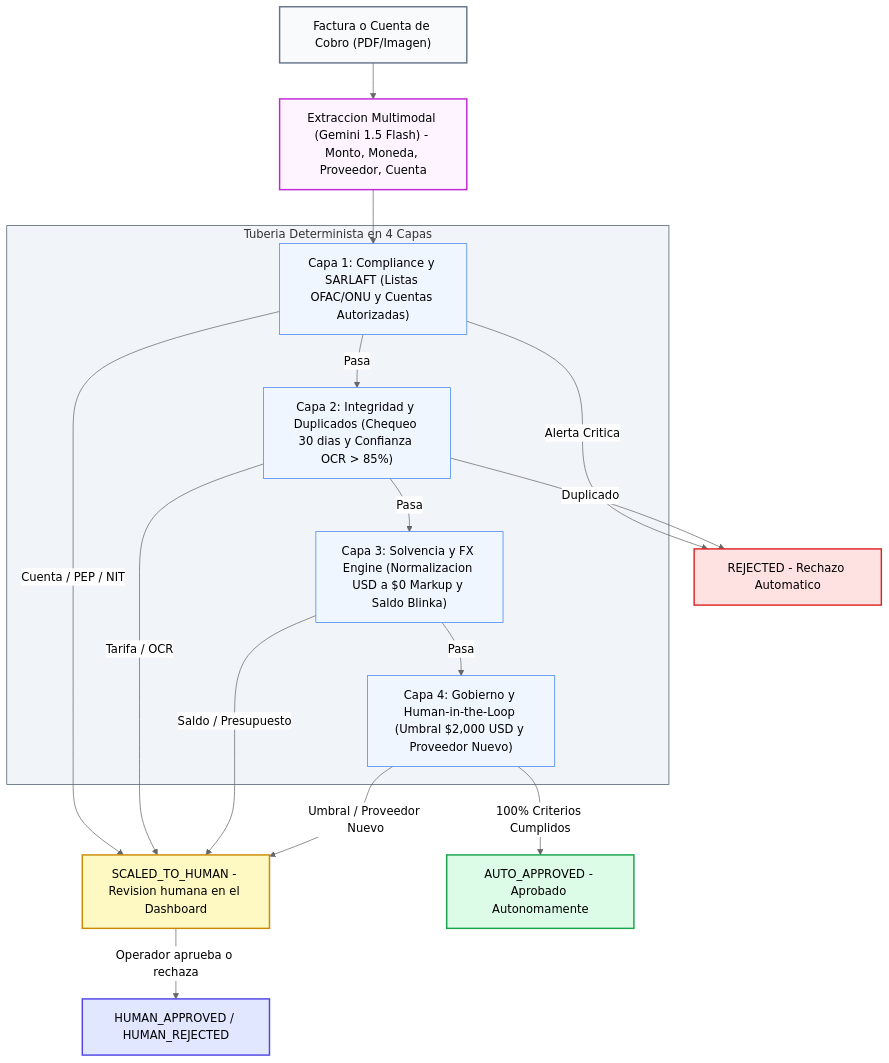
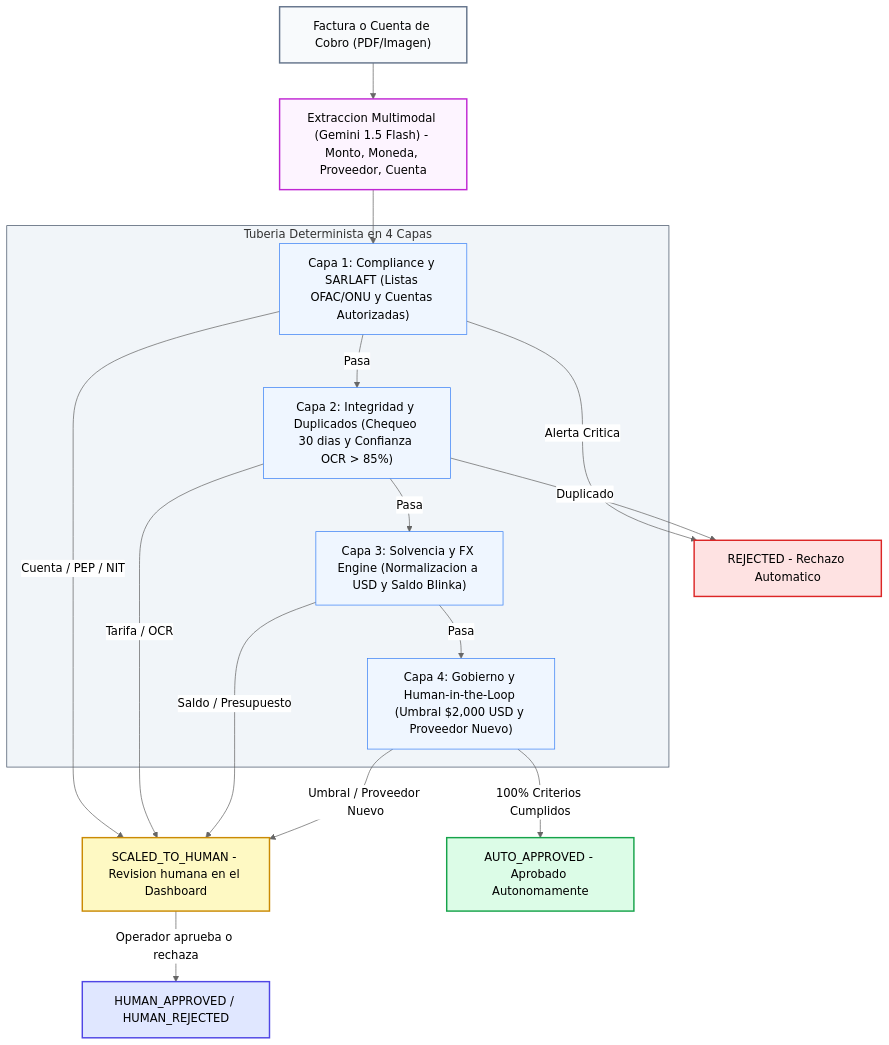
Before and after one commit to Oriojas/30X_404_team: the second of 2 diagrams in docs/arquitectura/arquitectura_solucion_v4.md, drawn with Mermaid (neutral theme). The commit also changed other lines of this file and 13 other files, not shown here.

````diff
--- a/docs/arquitectura/arquitectura_solucion_v4.md
+++ b/docs/arquitectura/arquitectura_solucion_v4.md
@@ -112,38 +112,38 @@
 ```mermaid
 flowchart TD
     Doc["Factura o Cuenta de Cobro (PDF/Imagen)"] --> OCR["Extraccion Multimodal (Gemini 1.5 Flash) - Monto, Moneda, Proveedor, Cuenta"]
 
     subgraph Pipeline ["Tuberia Determinista en 4 Capas"]
         Capa1["Capa 1: Compliance y SARLAFT (Listas OFAC/ONU y Cuentas Autorizadas)"]
         Capa2["Capa 2: Integridad y Duplicados (Chequeo 30 dias y Confianza OCR > 85%)"]
-        Capa3["Capa 3: Solvencia y FX Engine (Normalizacion USD a $0 Markup y Saldo Blinka)"]
+        Capa3["Capa 3: Solvencia y FX Engine (Normalizacion a USD y Saldo Blinka)"]
         Capa4["Capa 4: Gobierno y Human-in-the-Loop (Umbral $2,000 USD y Proveedor Nuevo)"]
 
         Capa1 -->|"Pasa"| Capa2
         Capa2 -->|"Pasa"| Capa3
         Capa3 -->|"Pasa"| Capa4
     end
 
     OCR --> Capa1
 
     Capa1 -->|"Alerta Critica"| Rejected["REJECTED - Rechazo Automatico"]
     Capa2 -->|"Duplicado"| Rejected
     Capa1 -->|"Cuenta / PEP / NIT"| Scaled
     Capa2 -->|"Tarifa / OCR"| Scaled
     Capa3 -->|"Saldo / Presupuesto"| Scaled["SCALED_TO_HUMAN - Revision humana en el Dashboard"]
     Capa4 -->|"Umbral / Proveedor Nuevo"| Scaled
     Scaled -->|"Operador aprueba o rechaza"| Human["HUMAN_APPROVED / HUMAN_REJECTED"]
     Capa4 -->|"100% Criterios Cumplidos"| Approved["AUTO_APPROVED - Aprobado Autonomamente"]
 
     style Doc fill:#f8fafc,stroke:#64748b,stroke-width:2px
     style OCR fill:#fdf4ff,stroke:#c026d3,stroke-width:2px
     style Pipeline fill:#f1f5f9,stroke:#475569,stroke-width:1px
     style Capa1 fill:#eff6ff,stroke:#3b82f6,stroke-width:1px
     style Capa2 fill:#eff6ff,stroke:#3b82f6,stroke-width:1px
     style Capa3 fill:#eff6ff,stroke:#3b82f6,stroke-width:1px
     style Capa4 fill:#eff6ff,stroke:#3b82f6,stroke-width:1px
     style Approved fill:#dcfce7,stroke:#16a34a,stroke-width:2px
     style Scaled fill:#fef9c3,stroke:#ca8a04,stroke-width:2px
     style Rejected fill:#fee2e2,stroke:#dc2626,stroke-width:2px
     style Human fill:#e0e7ff,stroke:#4f46e5,stroke-width:2px
 ```
````
